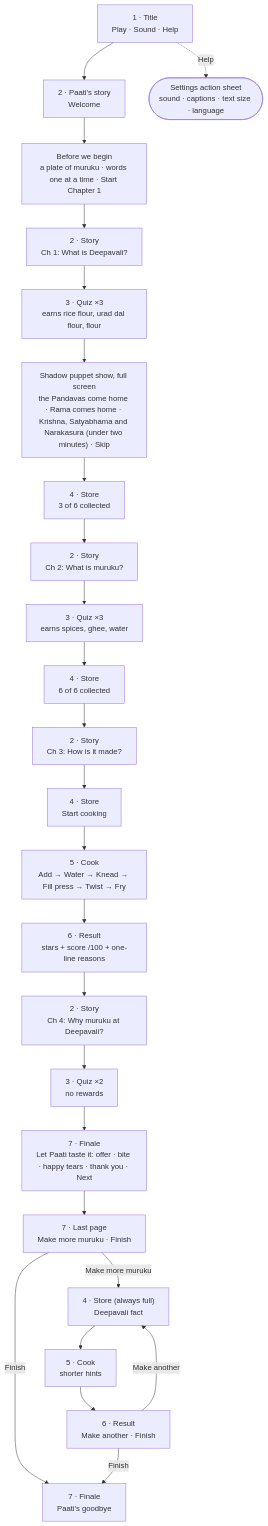
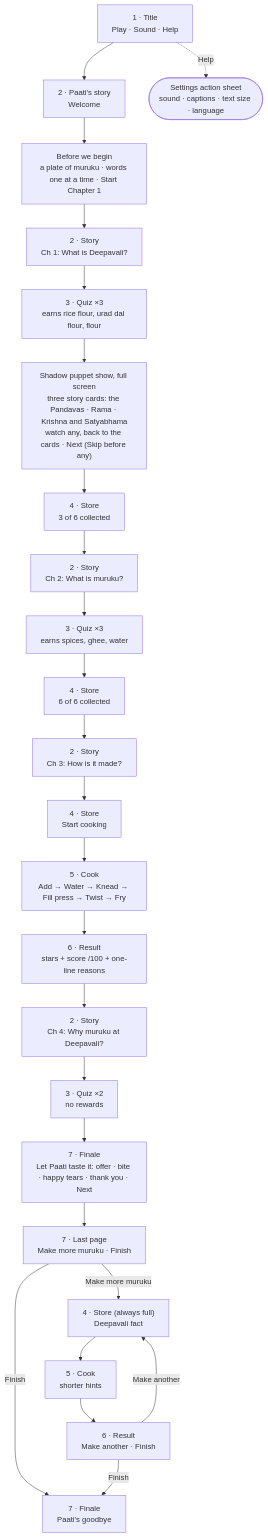
One commit to krishanala/paatis-recipe-kitchen changed the diagram in docs/user-flow.md. Above: the diagram before and after it, drawn with Mermaid. The commit also changed other lines of this file and 5 other files, not shown here.

First line of the commit message:
Puppet show: story cards, and stories that explain themselves

````diff
--- a/docs/user-flow.md
+++ b/docs/user-flow.md
@@ -5,32 +5,32 @@
 ```mermaid
 flowchart TD
     T["1 · Title<br/>Play · Sound · Help"] --> W["2 · Paati's story<br/>Welcome"]
     T -. Help .-> S(["Settings action sheet<br/>sound · captions · text size · language"])
 
     W --> I["Before we begin<br/>a plate of muruku · words one at a time · Start Chapter 1"]
     I --> C1["2 · Story<br/>Ch 1: What is Deepavali?"]
     C1 --> Q1["3 · Quiz ×3<br/>earns rice flour, urad dal flour, flour"]
-    Q1 --> P["Shadow puppet show, full screen<br/>the Pandavas come home · Rama comes home · Krishna, Satyabhama and Narakasura (under two minutes) · Skip"]
+    Q1 --> P["Shadow puppet show, full screen<br/>three story cards: the Pandavas · Rama · Krishna and Satyabhama<br/>watch any, back to the cards · Next (Skip before any)"]
     P --> ST1["4 · Store<br/>3 of 6 collected"]
 
     ST1 --> C2["2 · Story<br/>Ch 2: What is muruku?"]
     C2 --> Q2["3 · Quiz ×3<br/>earns spices, ghee, water"]
     Q2 --> ST2["4 · Store<br/>6 of 6 collected"]
 
     ST2 --> C3["2 · Story<br/>Ch 3: How is it made?"]
     C3 --> ST3["4 · Store<br/>Start cooking"]
     ST3 --> K["5 · Cook<br/>Add → Water → Knead → Fill press → Twist → Fry"]
     K --> R["6 · Result<br/>stars + score /100 + one-line reasons"]
 
     R --> C4["2 · Story<br/>Ch 4: Why muruku at Deepavali?"]
     C4 --> Q4["3 · Quiz ×2<br/>no rewards"]
     Q4 --> F["7 · Finale<br/>Let Paati taste it: offer · bite · happy tears · thank you · Next"]
     F --> C["7 · Last page<br/>Make more muruku · Finish"]
     C -- Finish --> G["7 · Finale<br/>Paati's goodbye"]
 
     C -- Make more muruku --> FK["4 · Store (always full)<br/>Deepavali fact"]
     FK --> K2["5 · Cook<br/>shorter hints"]
     K2 --> R2["6 · Result<br/>Make another · Finish"]
     R2 -- Make another --> FK
     R2 -- Finish --> G
 ```
````
